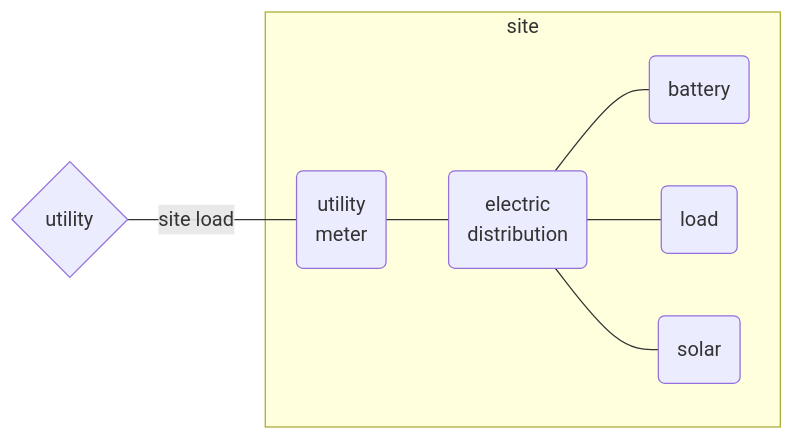
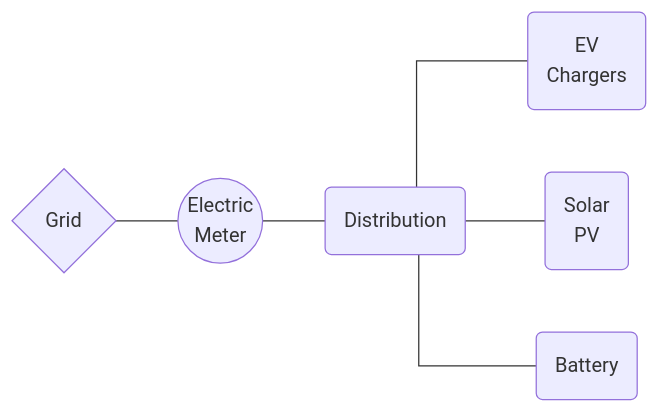
One commit to woodjmichael/Bifacial-solar-and-peakshaving changed the first of 3 diagrams in Paper/bifacial_peak_shaving_paper.md. Above: the diagram before and after it, drawn with Mermaid. The commit also changed other lines of this file, not shown here.

Commit message:
diagrams and text

````diff
--- a/Paper/bifacial_peak_shaving_paper.md
+++ b/Paper/bifacial_peak_shaving_paper.md
@@ -17,7 +65,6 @@
 ```mermaid
+%%{init: {'flowchart' : {'curve' : 'stepBefore'}}}%%
 graph LR
-U{utility} ---|site load| M
-subgraph site
-M(utility<br>meter) --- P(electric<br>distribution) --- B(battery) & L(load) & S(solar)
-end
+g{Grid} --- m((Electric<br>Meter)) --- d(Distribution)
+d --- ev(EV<br>Chargers) & s(Solar<br>PV) & b(Battery)
 ```
````
